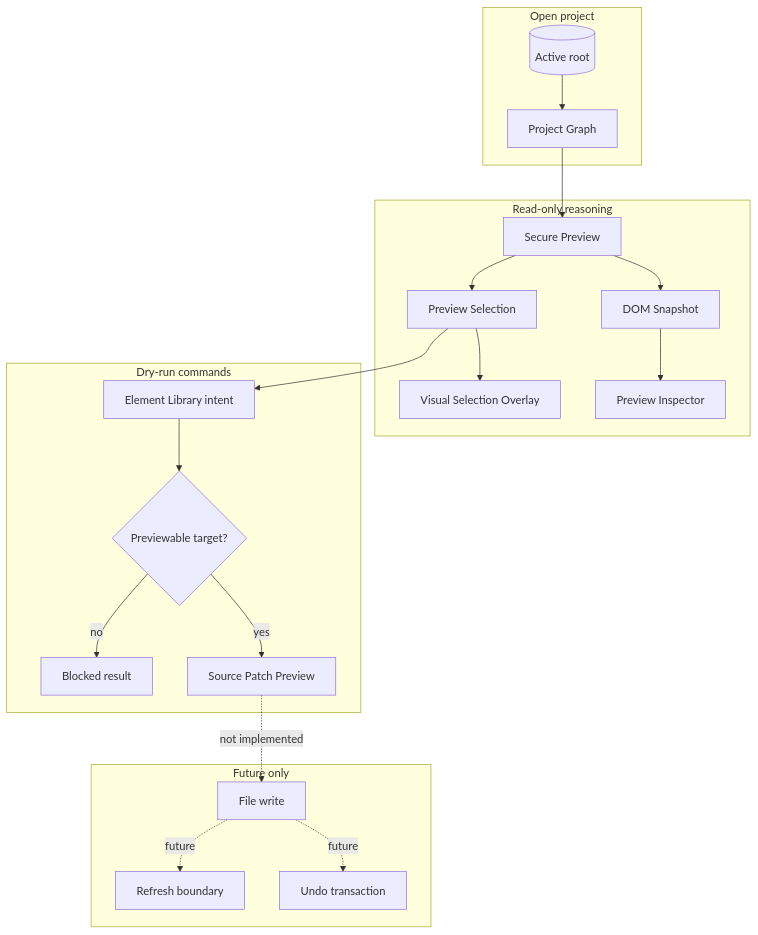
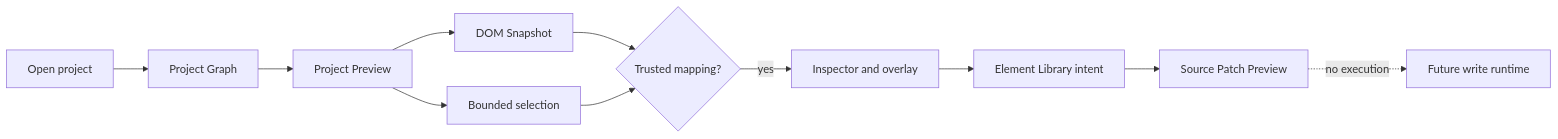
Before and after one commit to krestosa/Crystal: the diagram in docs/architecture/system-overview.md, drawn with Mermaid. The commit also changed other lines of this file and 60 other files, not shown here.

````diff
--- a/docs/architecture/system-overview.md
+++ b/docs/architecture/system-overview.md
@@ -73,31 +47,13 @@
 ```mermaid
-flowchart TD
-  subgraph Open[Open project]
-    Root[(Active root)] --> Graph[Project Graph]
-  end
-
-  subgraph ReadOnly[Read-only reasoning]
-    Graph --> Preview[Secure Preview]
-    Preview --> Snapshot[DOM Snapshot]
-    Preview --> Selection[Preview Selection]
-    Snapshot --> Inspector[Preview Inspector]
-    Selection --> Overlay[Visual Selection Overlay]
-  end
-
-  subgraph DryRun[Dry-run commands]
-    Selection --> Library[Element Library intent]
-    Library --> Planner{Previewable target?}
-    Planner -->|yes| Patch[Source Patch Preview]
-    Planner -->|no| Blocked[Blocked result]
-  end
-
-  subgraph Future[Future only]
-    Write[File write]
-    Undo[Undo transaction]
-    Refresh[Refresh boundary]
-  end
-
-  Patch -. not implemented .-> Write
-  Write -. future .-> Undo
-  Write -. future .-> Refresh
+flowchart LR
+  Open[Open project] --> Graph[Project Graph]
+  Graph --> Preview[Project Preview]
+  Preview --> Snapshot[DOM Snapshot]
+  Preview --> Selection[Bounded selection]
+  Snapshot --> Mapping{Trusted mapping?}
+  Selection --> Mapping
+  Mapping -->|yes| Inspector[Inspector and overlay]
+  Inspector --> Intent[Element Library intent]
+  Intent --> Patch[Source Patch Preview]
+  Patch -. no execution .-> Write[Future write runtime]
 ```
````
